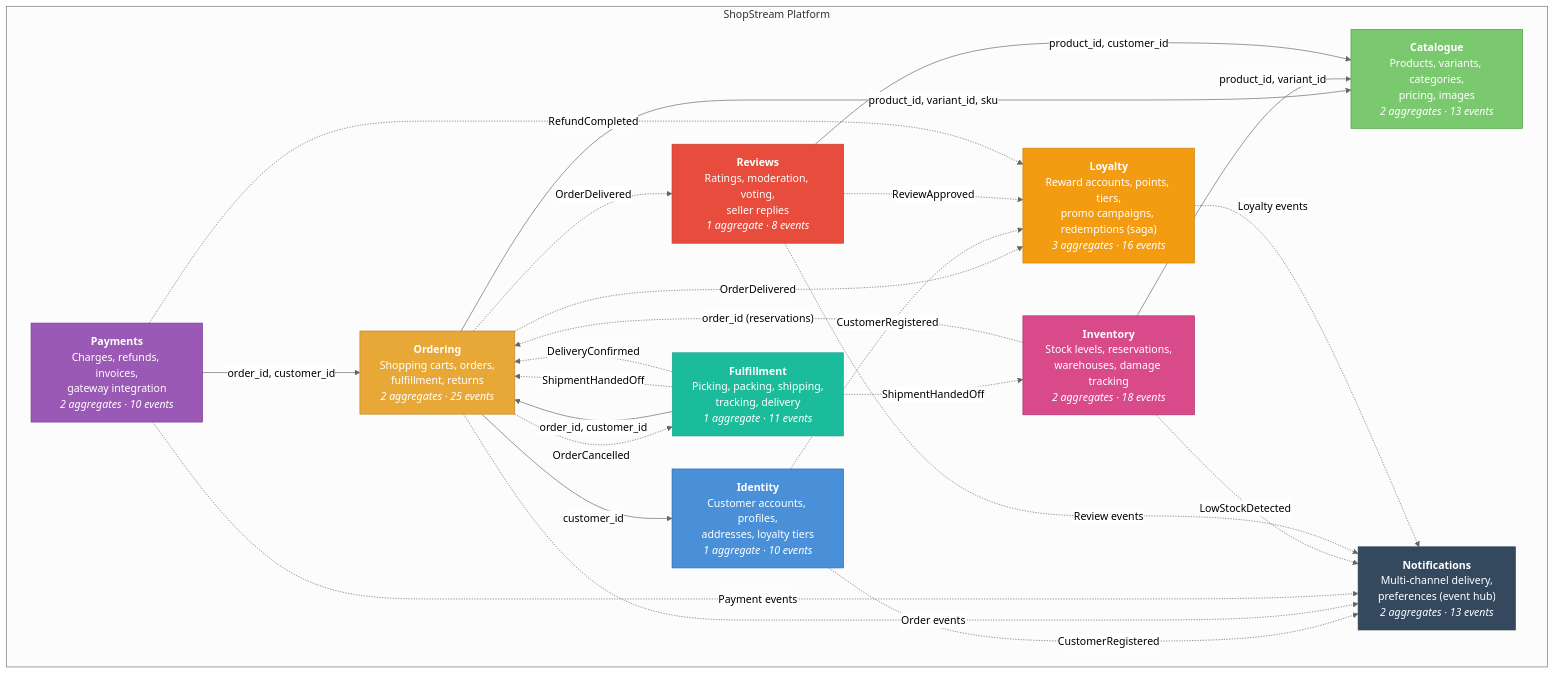
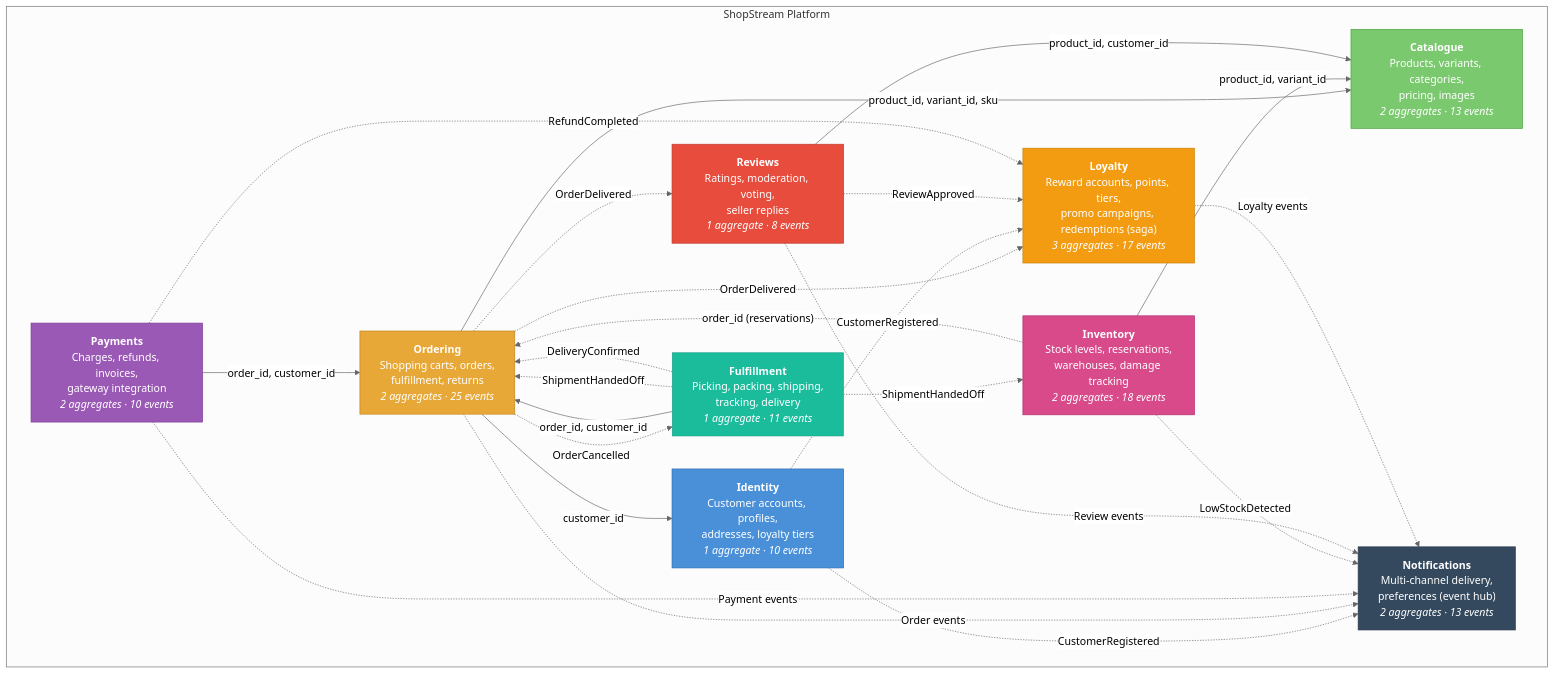
One commit to proteanhq/shopstream changed the diagram in docs/context-map.md. Above: the diagram before and after it, drawn with Mermaid (neutral theme). The commit also changed 16 other files, not shown here.

First line of the commit message:
Evolve loyalty events with renamed_from and superseded_by (#120)

````diff
--- a/docs/context-map.md
+++ b/docs/context-map.md
@@ -40,47 +40,47 @@
 ```mermaid
 graph TB
     subgraph ShopStream["ShopStream Platform"]
         identity["<b>Identity</b><br/>Customer accounts, profiles,<br/>addresses, loyalty tiers<br/><i>1 aggregate &middot; 10 events</i>"]
         catalogue["<b>Catalogue</b><br/>Products, variants, categories,<br/>pricing, images<br/><i>2 aggregates &middot; 13 events</i>"]
         ordering["<b>Ordering</b><br/>Shopping carts, orders,<br/>fulfillment, returns<br/><i>2 aggregates &middot; 25 events</i>"]
         inventory["<b>Inventory</b><br/>Stock levels, reservations,<br/>warehouses, damage tracking<br/><i>2 aggregates &middot; 18 events</i>"]
         payments["<b>Payments</b><br/>Charges, refunds, invoices,<br/>gateway integration<br/><i>2 aggregates &middot; 10 events</i>"]
         fulfillment_ctx["<b>Fulfillment</b><br/>Picking, packing, shipping,<br/>tracking, delivery<br/><i>1 aggregate &middot; 11 events</i>"]
         reviews_ctx["<b>Reviews</b><br/>Ratings, moderation, voting,<br/>seller replies<br/><i>1 aggregate &middot; 8 events</i>"]
         notifications_ctx["<b>Notifications</b><br/>Multi-channel delivery,<br/>preferences (event hub)<br/><i>2 aggregates &middot; 13 events</i>"]
-        loyalty_ctx["<b>Loyalty</b><br/>Reward accounts, points, tiers,<br/>promo campaigns, redemptions (saga)<br/><i>3 aggregates &middot; 16 events</i>"]
+        loyalty_ctx["<b>Loyalty</b><br/>Reward accounts, points, tiers,<br/>promo campaigns, redemptions (saga)<br/><i>3 aggregates &middot; 17 events</i>"]
     end
 
     ordering -- "customer_id" --> identity
     ordering -- "product_id, variant_id, sku" --> catalogue
     inventory -- "product_id, variant_id" --> catalogue
     inventory -. "order_id (reservations)" .-> ordering
     payments -- "order_id, customer_id" --> ordering
     fulfillment_ctx -- "order_id, customer_id" --> ordering
     fulfillment_ctx -. "ShipmentHandedOff" .-> ordering
     fulfillment_ctx -. "DeliveryConfirmed" .-> ordering
     fulfillment_ctx -. "ShipmentHandedOff" .-> inventory
     ordering -. "OrderCancelled" .-> fulfillment_ctx
     reviews_ctx -- "product_id, customer_id" --> catalogue
     ordering -. "OrderDelivered" .-> reviews_ctx
     ordering -. "OrderDelivered" .-> loyalty_ctx
     identity -. "CustomerRegistered" .-> loyalty_ctx
     reviews_ctx -. "ReviewApproved" .-> loyalty_ctx
     payments -. "RefundCompleted" .-> loyalty_ctx
     identity -. "CustomerRegistered" .-> notifications_ctx
     ordering -. "Order events" .-> notifications_ctx
     payments -. "Payment events" .-> notifications_ctx
     inventory -. "LowStockDetected" .-> notifications_ctx
     reviews_ctx -. "Review events" .-> notifications_ctx
     loyalty_ctx -. "Loyalty events" .-> notifications_ctx
 
     style identity fill:#4a90d9,color:#fff,stroke:#2a6cb0
     style catalogue fill:#7bc96f,color:#fff,stroke:#4a9e3f
     style ordering fill:#e8a838,color:#fff,stroke:#c08020
     style inventory fill:#d94a8a,color:#fff,stroke:#b02a6c
     style payments fill:#9b59b6,color:#fff,stroke:#7d3c98
     style fulfillment_ctx fill:#1abc9c,color:#fff,stroke:#16a085
     style reviews_ctx fill:#e74c3c,color:#fff,stroke:#c0392b
     style notifications_ctx fill:#34495e,color:#fff,stroke:#2c3e50
     style loyalty_ctx fill:#f39c12,color:#fff,stroke:#c87f0a
 ```
````
